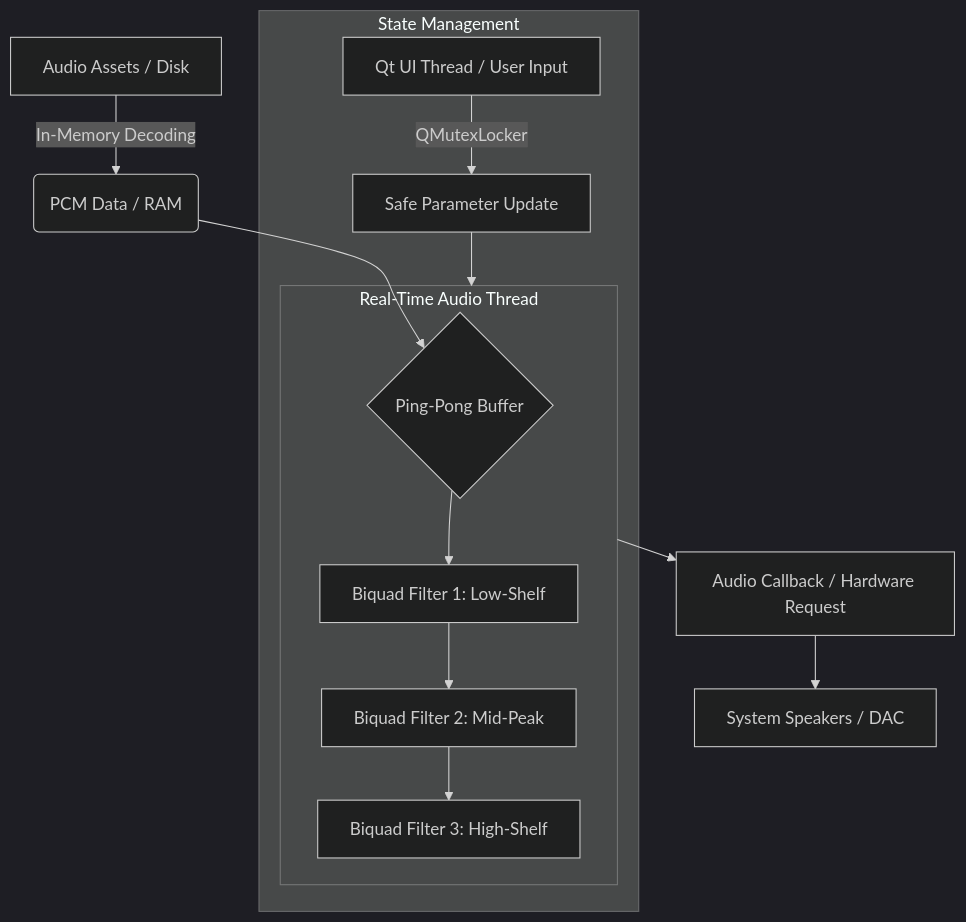
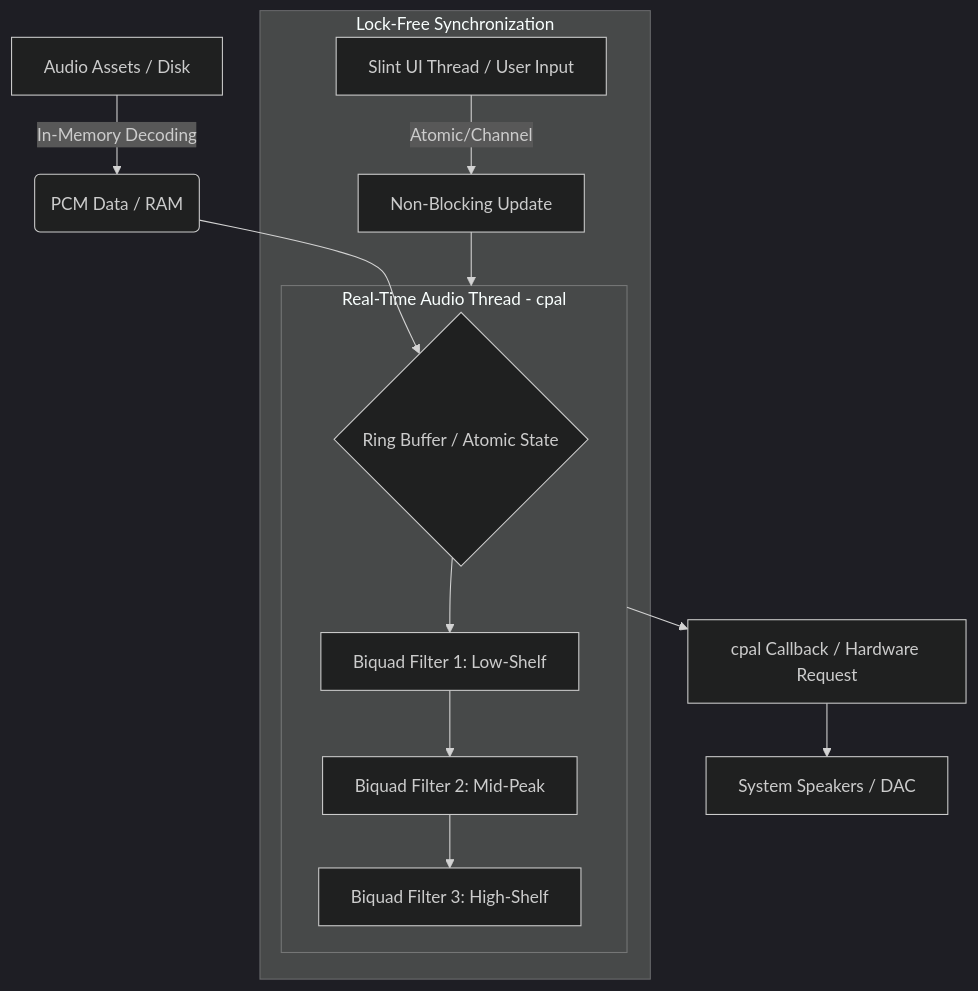
One commit to KYNNAC/sonusflow-cpp-legacy changed the diagram in README.md. Above: the diagram before and after it, drawn with Mermaid (dark theme).

Commit message:
Update README with new buffer and thread safety terminology

````diff
--- a/README.md
+++ b/README.md
@@ -43,19 +43,19 @@
 ```mermaid
 graph TD
     A[Audio Assets / Disk] -->|In-Memory Decoding| B(PCM Data / RAM)
-    B --> C{Ping-Pong Buffer}
+    B --> C{Ring Buffer / Atomic State}
     
-    subgraph DSP_Engine [Real-Time Audio Thread]
+    subgraph DSP_Engine [Real-Time Audio Thread - cpal]
     C --> D[Biquad Filter 1: Low-Shelf]
     D --> E[Biquad Filter 2: Mid-Peak]
     E --> F[Biquad Filter 3: High-Shelf]
     end
     
-    subgraph Thread_Safety [State Management]
-    G[Qt UI Thread / User Input] -->|QMutexLocker| H[Safe Parameter Update]
+    subgraph Thread_Safety [Lock-Free Synchronization]
+    G[Slint UI Thread / User Input] -->|Atomic/Channel| H[Non-Blocking Update]
     H --> DSP_Engine
     end
     
-    DSP_Engine --> I[Audio Callback / Hardware Request]
+    DSP_Engine --> I[cpal Callback / Hardware Request]
     I --> J[System Speakers / DAC]
 ```
````
